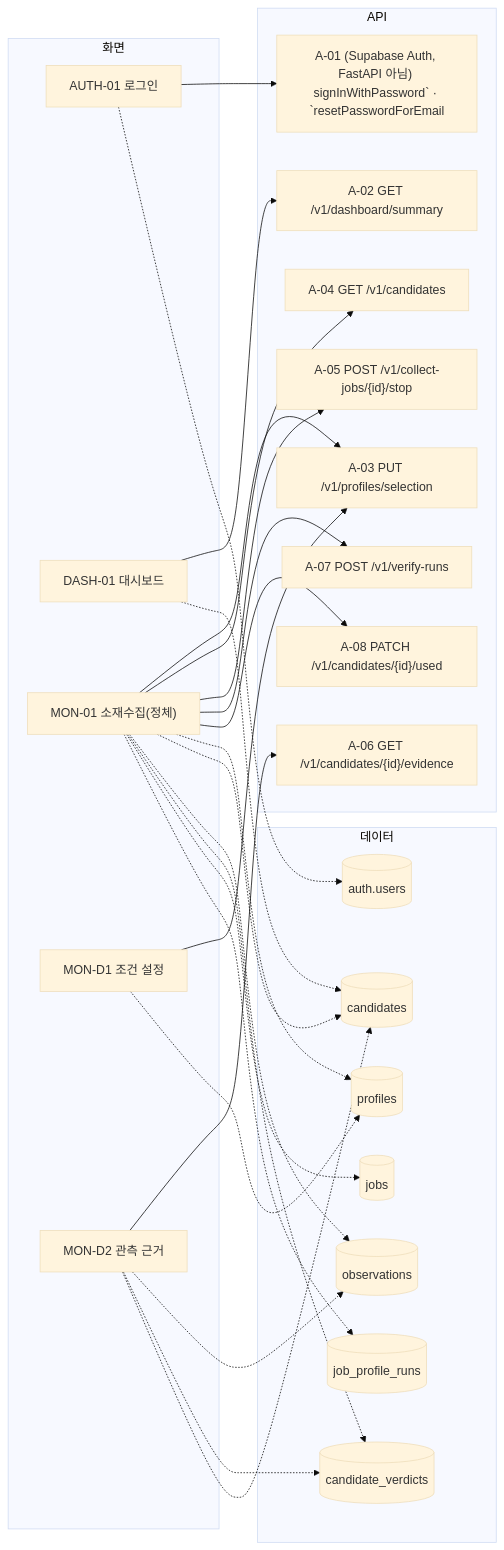
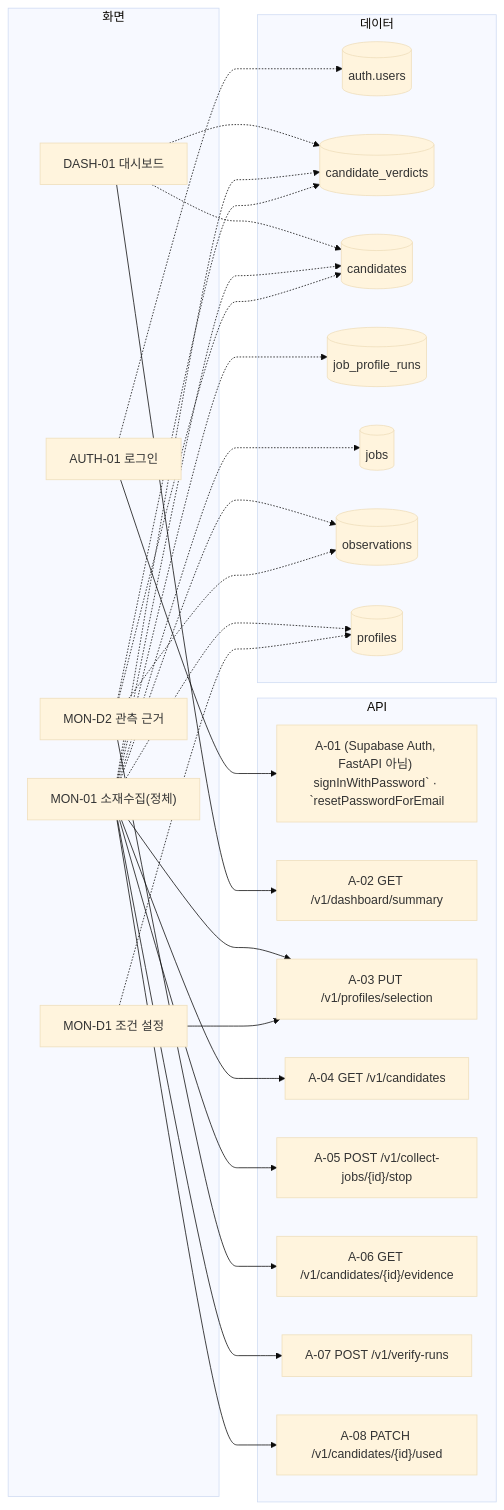
Before and after one commit to DevOps0906/Nomadroom-Studio: the diagram in docs/diagrams/screen-data.mmd, drawn with Mermaid (base theme). The commit also changed 13 other files, not shown here.

```diff
--- a/docs/diagrams/screen-data.mmd
+++ b/docs/diagrams/screen-data.mmd
@@ -1,48 +1,49 @@
 flowchart LR
   subgraph SC["화면"]
     n_AUTH_01["AUTH-01 로그인"]
     n_DASH_01["DASH-01 대시보드"]
     n_MON_01["MON-01 소재수집(정체)"]
     n_MON_D1["MON-D1 조건 설정"]
     n_MON_D2["MON-D2 관측 근거"]
   end
   subgraph AP["API"]
     n_api_A_01["A-01 (Supabase Auth, FastAPI 아님) signInWithPassword` · `resetPasswordForEmail"]
     n_api_A_02["A-02 GET /v1/dashboard/summary"]
     n_api_A_03["A-03 PUT /v1/profiles/selection"]
     n_api_A_04["A-04 GET /v1/candidates"]
     n_api_A_05["A-05 POST /v1/collect-jobs/{id}/stop"]
     n_api_A_06["A-06 GET /v1/candidates/{id}/evidence"]
     n_api_A_07["A-07 POST /v1/verify-runs"]
     n_api_A_08["A-08 PATCH /v1/candidates/{id}/used"]
   end
   subgraph DB["데이터"]
     n_t_auth_users[("auth.users")]
     n_t_candidate_verdicts[("candidate_verdicts")]
     n_t_candidates[("candidates")]
     n_t_job_profile_runs[("job_profile_runs")]
     n_t_jobs[("jobs")]
     n_t_observations[("observations")]
     n_t_profiles[("profiles")]
   end
   n_AUTH_01 --> n_api_A_01
   n_AUTH_01 -.-> n_t_auth_users
   n_DASH_01 --> n_api_A_02
   n_DASH_01 -.-> n_t_candidates
+  n_DASH_01 -.-> n_t_candidate_verdicts
   n_MON_01 --> n_api_A_03
   n_MON_01 --> n_api_A_04
   n_MON_01 --> n_api_A_05
   n_MON_01 --> n_api_A_07
   n_MON_01 --> n_api_A_08
   n_MON_01 -.-> n_t_profiles
   n_MON_01 -.-> n_t_candidates
   n_MON_01 -.-> n_t_observations
   n_MON_01 -.-> n_t_candidate_verdicts
   n_MON_01 -.-> n_t_jobs
   n_MON_01 -.-> n_t_job_profile_runs
   n_MON_D1 --> n_api_A_03
   n_MON_D1 -.-> n_t_profiles
   n_MON_D2 --> n_api_A_06
   n_MON_D2 -.-> n_t_observations
   n_MON_D2 -.-> n_t_candidate_verdicts
   n_MON_D2 -.-> n_t_candidates
```
